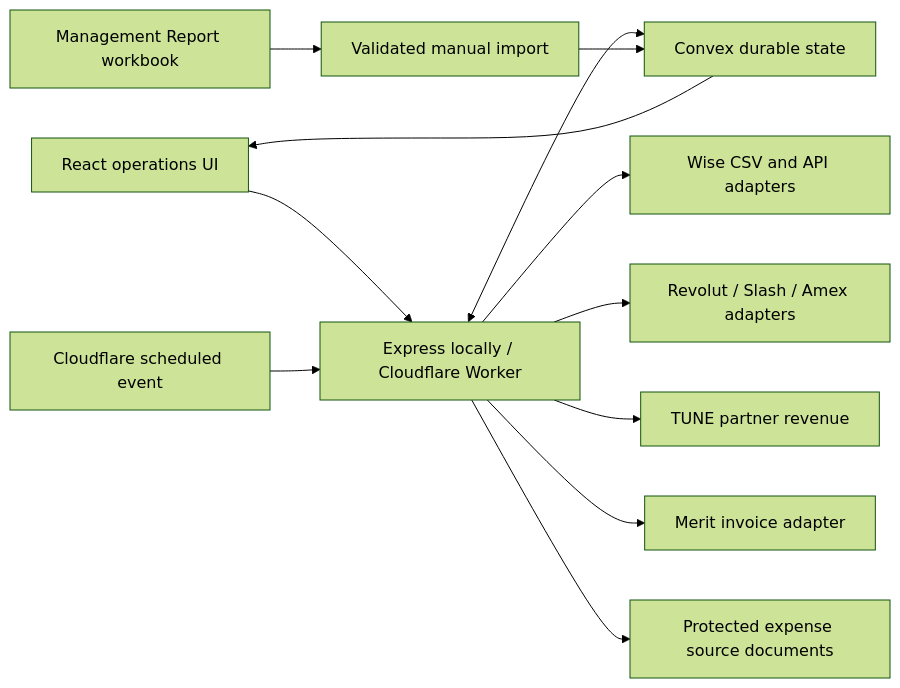
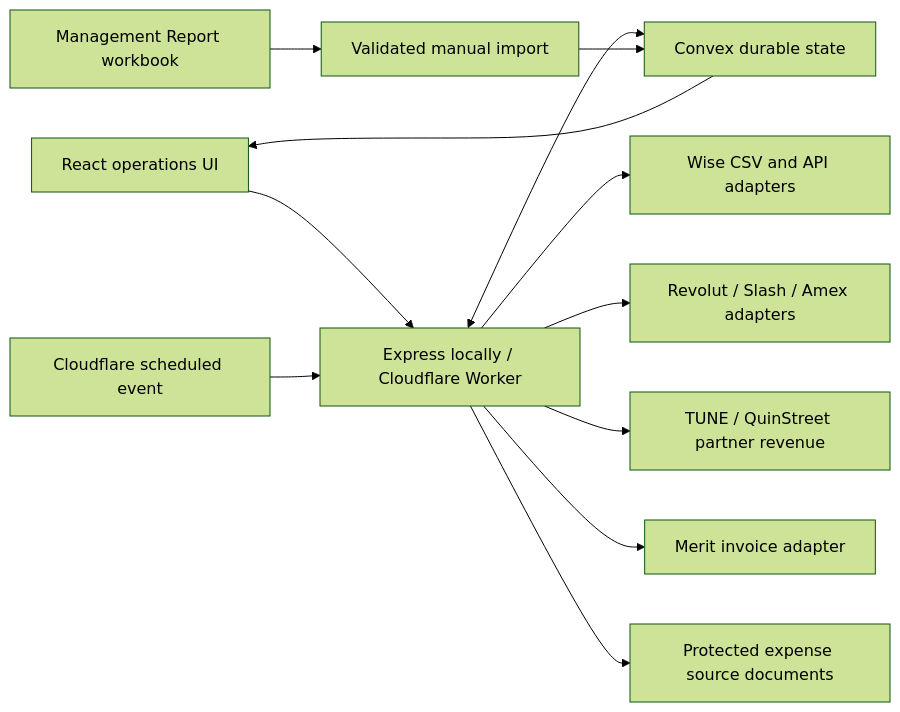
One commit to AliKhairreddin/finance-dash changed the diagram in README.md. Above: the diagram before and after it, drawn with Mermaid (forest theme). The commit also changed other lines of this file and 31 other files, not shown here.

Commit message:
Add Telegram finance controls and QuinStreet revenue

````diff
--- a/README.md
+++ b/README.md
@@ -45,14 +45,14 @@
 ```mermaid
 flowchart LR
     U["React operations UI"] --> API["Express locally / Cloudflare Worker"]
     API <--> C["Convex durable state"]
     API --> W["Wise CSV and API adapters"]
     API --> R["Revolut / Slash / Amex adapters"]
-    API --> T["TUNE partner revenue"]
+    API --> T["TUNE / QuinStreet partner revenue"]
     API --> M["Merit invoice adapter"]
     API --> D["Protected expense source documents"]
     CRON["Cloudflare scheduled event"] --> API
     SHEET["Management Report workbook"] --> IMPORT["Validated manual import"]
     IMPORT --> C
     C --> U
 ```
````
